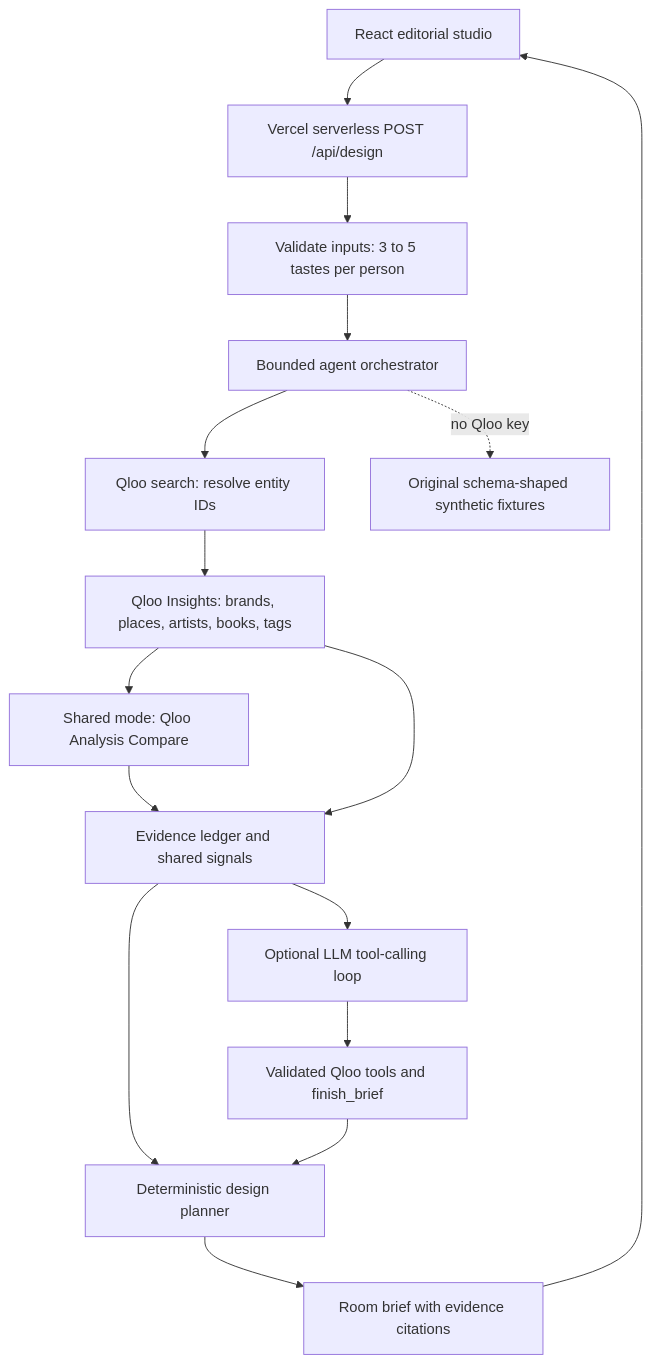
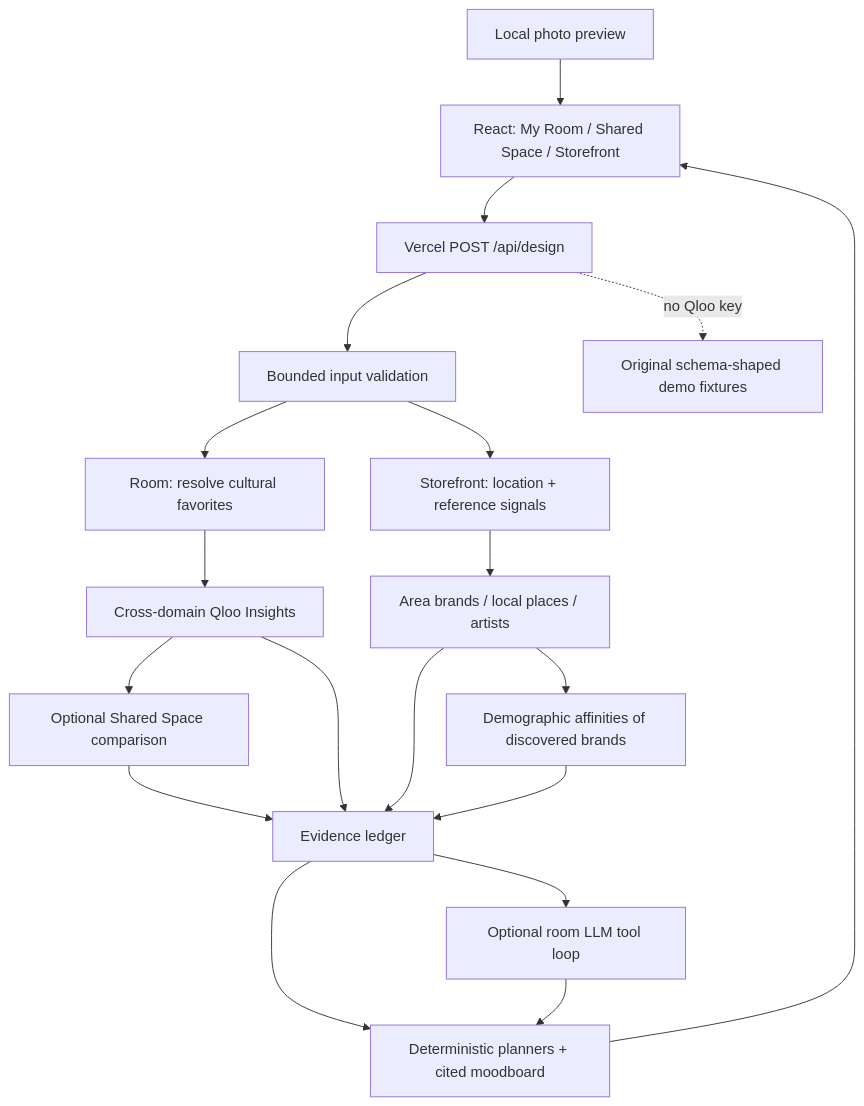
The diagram in README.md (kks0488/tasteroom), drawn with Mermaid before and after one commit. The commit also changed other lines of this file and 31 other files, not shown here.

Commit message:
Add Storefront concepts with Qloo location and audience evidence

````diff
--- a/README.md
+++ b/README.md
@@ -47,18 +52,21 @@
 ```mermaid
 flowchart TD
-    UI[React editorial studio] --> API[Vercel serverless POST /api/design]
-    API --> V[Validate inputs: 3 to 5 tastes per person]
-    V --> A[Bounded agent orchestrator]
-    A --> S[Qloo search: resolve entity IDs]
-    S --> I[Qloo Insights: brands, places, artists, books, tags]
-    I --> C[Shared mode: Qloo Analysis Compare]
-    C --> E[Evidence ledger and shared signals]
+    UI[React: My Room / Shared Space / Storefront] --> API[Vercel POST /api/design]
+    Photo[Local photo preview] --> UI
+    API --> V[Bounded input validation]
+    V --> R[Room: resolve cultural favorites]
+    R --> I[Cross-domain Qloo Insights]
+    I --> C[Optional Shared Space comparison]
+    V --> S[Storefront: location + reference signals]
+    S --> P[Area brands / local places / artists]
+    P --> D[Demographic affinities of discovered brands]
+    C --> E[Evidence ledger]
     I --> E
-    E --> P[Deterministic design planner]
-    E --> L[Optional LLM tool-calling loop]
-    L --> Q[Validated Qloo tools and finish_brief]
-    Q --> P
-    P --> B[Room brief with evidence citations]
+    P --> E
+    D --> E
+    E --> B[Deterministic planners + cited moodboard]
+    E --> L[Optional room LLM tool loop]
+    L --> B
     B --> UI
-    A -. no Qloo key .-> F[Original schema-shaped synthetic fixtures]
+    API -. no Qloo key .-> F[Original schema-shaped demo fixtures]
 ```
````
